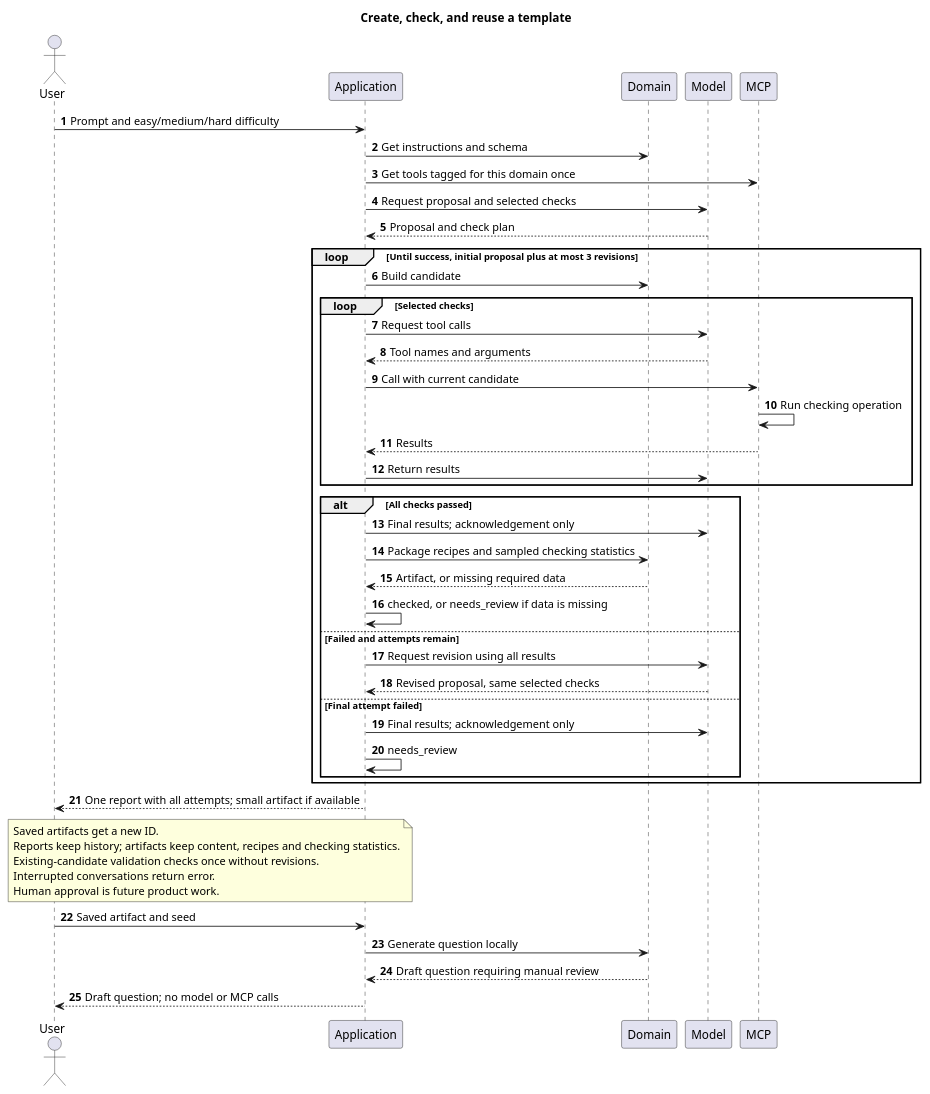
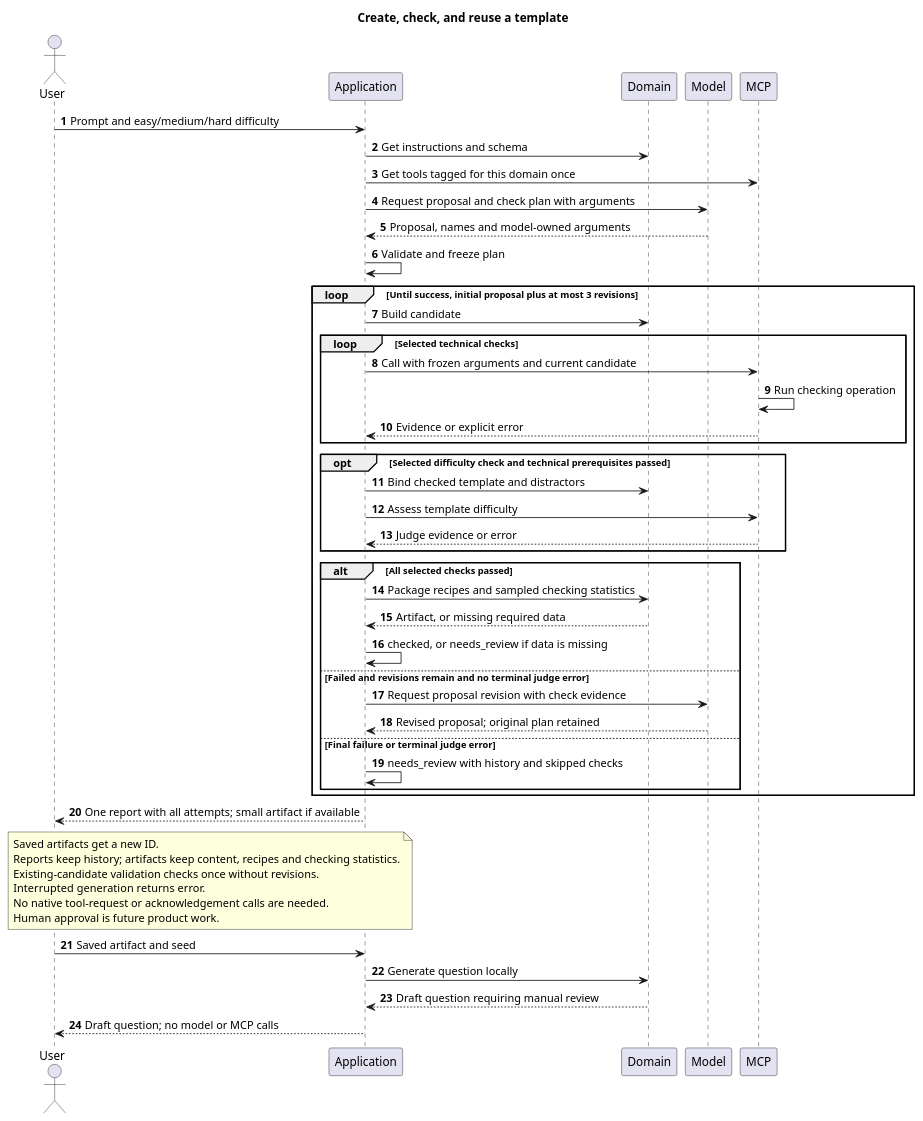
One commit to edcraft-org/ai changed the diagram in docs/question-generation/generate-template.puml. Above: the diagram before and after it, drawn with PlantUML. The commit also changed 26 other files, not shown here.

First line of the commit message:
Execute frozen check plans directly through MCP (#94)

```diff
--- a/docs/question-generation/generate-template.puml
+++ b/docs/question-generation/generate-template.puml
@@ -1,53 +1,55 @@
 @startuml TemplateGeneration
 title Create, check, and reuse a template
 autonumber
 actor User
 participant Application as App
 participant Domain
 participant Model
 participant MCP
 
 User -> App: Prompt and easy/medium/hard difficulty
 App -> Domain: Get instructions and schema
 App -> MCP: Get tools tagged for this domain once
-App -> Model: Request proposal and selected checks
-Model --> App: Proposal and check plan
+App -> Model: Request proposal and check plan with arguments
+Model --> App: Proposal, names and model-owned arguments
+App -> App: Validate and freeze plan
 
 loop Until success, initial proposal plus at most 3 revisions
     App -> Domain: Build candidate
-    loop Selected checks
-        App -> Model: Request tool calls
-        Model --> App: Tool names and arguments
-        App -> MCP: Call with current candidate
+    loop Selected technical checks
+        App -> MCP: Call with frozen arguments and current candidate
         MCP -> MCP: Run checking operation
-        MCP --> App: Results
-        App -> Model: Return results
+        MCP --> App: Evidence or explicit error
     end
-    alt All checks passed
-        App -> Model: Final results; acknowledgement only
+    opt Selected difficulty check and technical prerequisites passed
+        App -> Domain: Bind checked template and distractors
+        App -> MCP: Assess template difficulty
+        MCP --> App: Judge evidence or error
+    end
+    alt All selected checks passed
         App -> Domain: Package recipes and sampled checking statistics
         Domain --> App: Artifact, or missing required data
         App -> App: checked, or needs_review if data is missing
-    else Failed and attempts remain
-        App -> Model: Request revision using all results
-        Model --> App: Revised proposal, same selected checks
-    else Final attempt failed
-        App -> Model: Final results; acknowledgement only
-        App -> App: needs_review
+    else Failed and revisions remain and no terminal judge error
+        App -> Model: Request proposal revision with check evidence
+        Model --> App: Revised proposal; original plan retained
+    else Final failure or terminal judge error
+        App -> App: needs_review with history and skipped checks
     end
 end
 App --> User: One report with all attempts; small artifact if available
 
 note over App, User
 Saved artifacts get a new ID.
 Reports keep history; artifacts keep content, recipes and checking statistics.
 Existing-candidate validation checks once without revisions.
-Interrupted conversations return error.
+Interrupted generation returns error.
+No native tool-request or acknowledgement calls are needed.
 Human approval is future product work.
 end note
 
 User -> App: Saved artifact and seed
 App -> Domain: Generate question locally
 Domain --> App: Draft question requiring manual review
 App --> User: Draft question; no model or MCP calls
 @enduml
```
